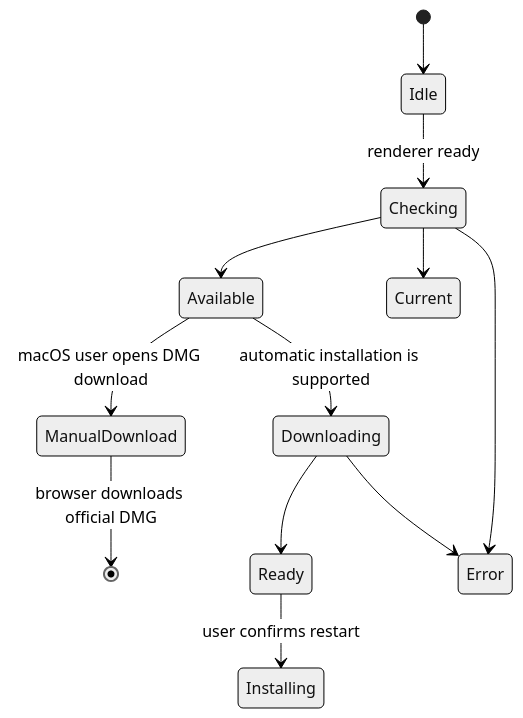
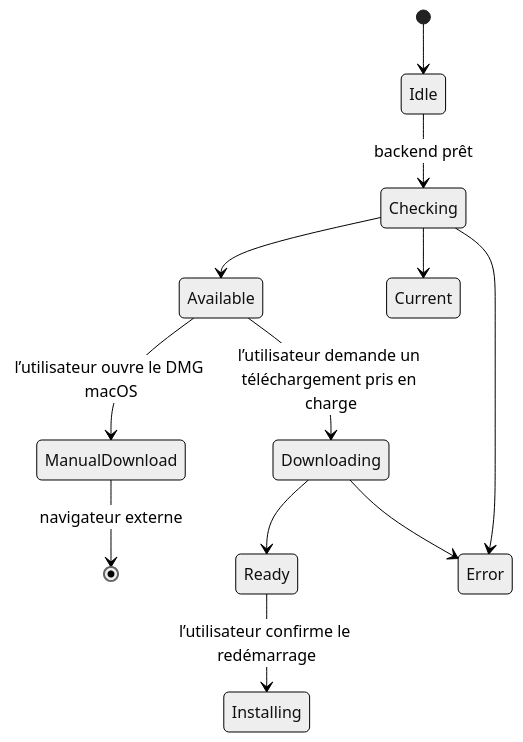
Before and after one commit to ismigar/Gnosi: the diagram in docs/engineering-fr/domains/desktop-clients.md, drawn with Mermaid (neutral theme). The commit also changed other lines of this file and 6 other files, not shown here.

````diff
--- a/docs/engineering-fr/domains/desktop-clients.md
+++ b/docs/engineering-fr/domains/desktop-clients.md
@@ -167,14 +222,14 @@
 ```mermaid
 stateDiagram-v2
     [*] --> Idle
-    Idle --> Checking: renderer ready
+    Idle --> Checking: backend prêt
     Checking --> Available
     Checking --> Current
     Checking --> Error
-    Available --> ManualDownload: macOS user opens DMG download
-    Available --> Downloading: automatic installation is supported
-    ManualDownload --> [*]: browser downloads official DMG
+    Available --> ManualDownload: l’utilisateur ouvre le DMG macOS
+    Available --> Downloading: l’utilisateur demande un téléchargement pris en charge
+    ManualDownload --> [*]: navigateur externe
     Downloading --> Ready
     Downloading --> Error
-    Ready --> Installing: user confirms restart
+    Ready --> Installing: l’utilisateur confirme le redémarrage
 ```
````
